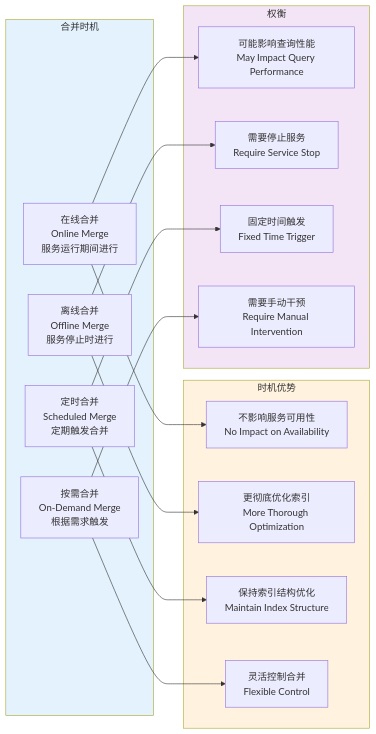
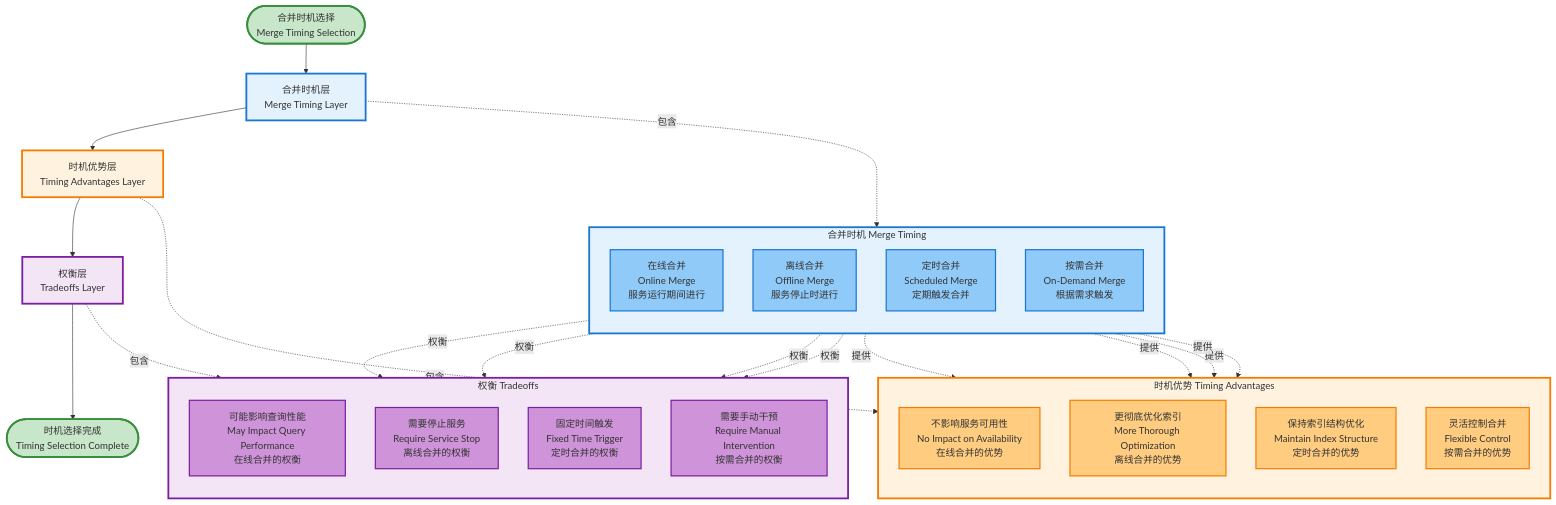
One commit to zhouzhilong-commits/zhouzhilong-commits.github.io changed diagram 14 of 20 in _posts/2025-06-29-indexlib-6-segment-merge.md. Above: the diagram before and after it, drawn with Mermaid. The commit also changed other lines of this file and 19 other files, not shown here.

````diff
--- a/_posts/2025-06-29-indexlib-6-segment-merge.md
+++ b/_posts/2025-06-29-indexlib-6-segment-merge.md
@@ -992,36 +1095,68 @@
 ```mermaid
-flowchart LR
-    subgraph Timing["合并时机"]
+flowchart TB
+    Start([合并时机选择<br/>Merge Timing Selection]) --> TimingLayer[合并时机层<br/>Merge Timing Layer]
+    
+    subgraph TimingGroup["合并时机 Merge Timing"]
+        direction TB
         T1[在线合并<br/>Online Merge<br/>服务运行期间进行]
         T2[离线合并<br/>Offline Merge<br/>服务停止时进行]
         T3[定时合并<br/>Scheduled Merge<br/>定期触发合并]
         T4[按需合并<br/>On-Demand Merge<br/>根据需求触发]
     end
     
-    subgraph Advantages["时机优势"]
-        A1[不影响服务可用性<br/>No Impact on Availability]
-        A2[更彻底优化索引<br/>More Thorough Optimization]
-        A3[保持索引结构优化<br/>Maintain Index Structure]
-        A4[灵活控制合并<br/>Flexible Control]
+    TimingLayer --> AdvantageLayer[时机优势层<br/>Timing Advantages Layer]
+    
+    subgraph AdvantageGroup["时机优势 Timing Advantages"]
+        direction TB
+        A1[不影响服务可用性<br/>No Impact on Availability<br/>在线合并的优势]
+        A2[更彻底优化索引<br/>More Thorough Optimization<br/>离线合并的优势]
+        A3[保持索引结构优化<br/>Maintain Index Structure<br/>定时合并的优势]
+        A4[灵活控制合并<br/>Flexible Control<br/>按需合并的优势]
     end
     
-    subgraph Tradeoffs["权衡"]
-        TR1[可能影响查询性能<br/>May Impact Query Performance]
-        TR2[需要停止服务<br/>Require Service Stop]
-        TR3[固定时间触发<br/>Fixed Time Trigger]
-        TR4[需要手动干预<br/>Require Manual Intervention]
+    AdvantageLayer --> TradeoffLayer[权衡层<br/>Tradeoffs Layer]
+    
+    subgraph TradeoffGroup["权衡 Tradeoffs"]
+        direction TB
+        TR1[可能影响查询性能<br/>May Impact Query Performance<br/>在线合并的权衡]
+        TR2[需要停止服务<br/>Require Service Stop<br/>离线合并的权衡]
+        TR3[固定时间触发<br/>Fixed Time Trigger<br/>定时合并的权衡]
+        TR4[需要手动干预<br/>Require Manual Intervention<br/>按需合并的权衡]
     end
     
-    T1 --> A1
-    T2 --> A2
-    T3 --> A3
-    T4 --> A4
-    T1 --> TR1
-    T2 --> TR2
-    T3 --> TR3
-    T4 --> TR4
+    TradeoffLayer --> End([时机选择完成<br/>Timing Selection Complete])
     
-    style Timing fill:#e3f2fd
-    style Advantages fill:#fff3e0
-    style Tradeoffs fill:#f3e5f5
+    TimingLayer -.->|包含| TimingGroup
+    AdvantageLayer -.->|包含| AdvantageGroup
+    TradeoffLayer -.->|包含| TradeoffGroup
+    
+    T1 -.->|提供| A1
+    T2 -.->|提供| A2
+    T3 -.->|提供| A3
+    T4 -.->|提供| A4
+    T1 -.->|权衡| TR1
+    T2 -.->|权衡| TR2
+    T3 -.->|权衡| TR3
+    T4 -.->|权衡| TR4
+    
+    style Start fill:#c8e6c9,stroke:#388e3c,stroke-width:3px
+    style End fill:#c8e6c9,stroke:#388e3c,stroke-width:3px
+    style TimingLayer fill:#e3f2fd,stroke:#1976d2,stroke-width:3px
+    style AdvantageLayer fill:#fff3e0,stroke:#f57c00,stroke-width:3px
+    style TradeoffLayer fill:#f3e5f5,stroke:#7b1fa2,stroke-width:3px
+    style TimingGroup fill:#e3f2fd,stroke:#1976d2,stroke-width:3px
+    style T1 fill:#90caf9,stroke:#1976d2,stroke-width:2px
+    style T2 fill:#90caf9,stroke:#1976d2,stroke-width:2px
+    style T3 fill:#90caf9,stroke:#1976d2,stroke-width:2px
+    style T4 fill:#90caf9,stroke:#1976d2,stroke-width:2px
+    style AdvantageGroup fill:#fff3e0,stroke:#f57c00,stroke-width:3px
+    style A1 fill:#ffcc80,stroke:#f57c00,stroke-width:2px
+    style A2 fill:#ffcc80,stroke:#f57c00,stroke-width:2px
+    style A3 fill:#ffcc80,stroke:#f57c00,stroke-width:2px
+    style A4 fill:#ffcc80,stroke:#f57c00,stroke-width:2px
+    style TradeoffGroup fill:#f3e5f5,stroke:#7b1fa2,stroke-width:3px
+    style TR1 fill:#ce93d8,stroke:#7b1fa2,stroke-width:2px
+    style TR2 fill:#ce93d8,stroke:#7b1fa2,stroke-width:2px
+    style TR3 fill:#ce93d8,stroke:#7b1fa2,stroke-width:2px
+    style TR4 fill:#ce93d8,stroke:#7b1fa2,stroke-width:2px
 ```
````
